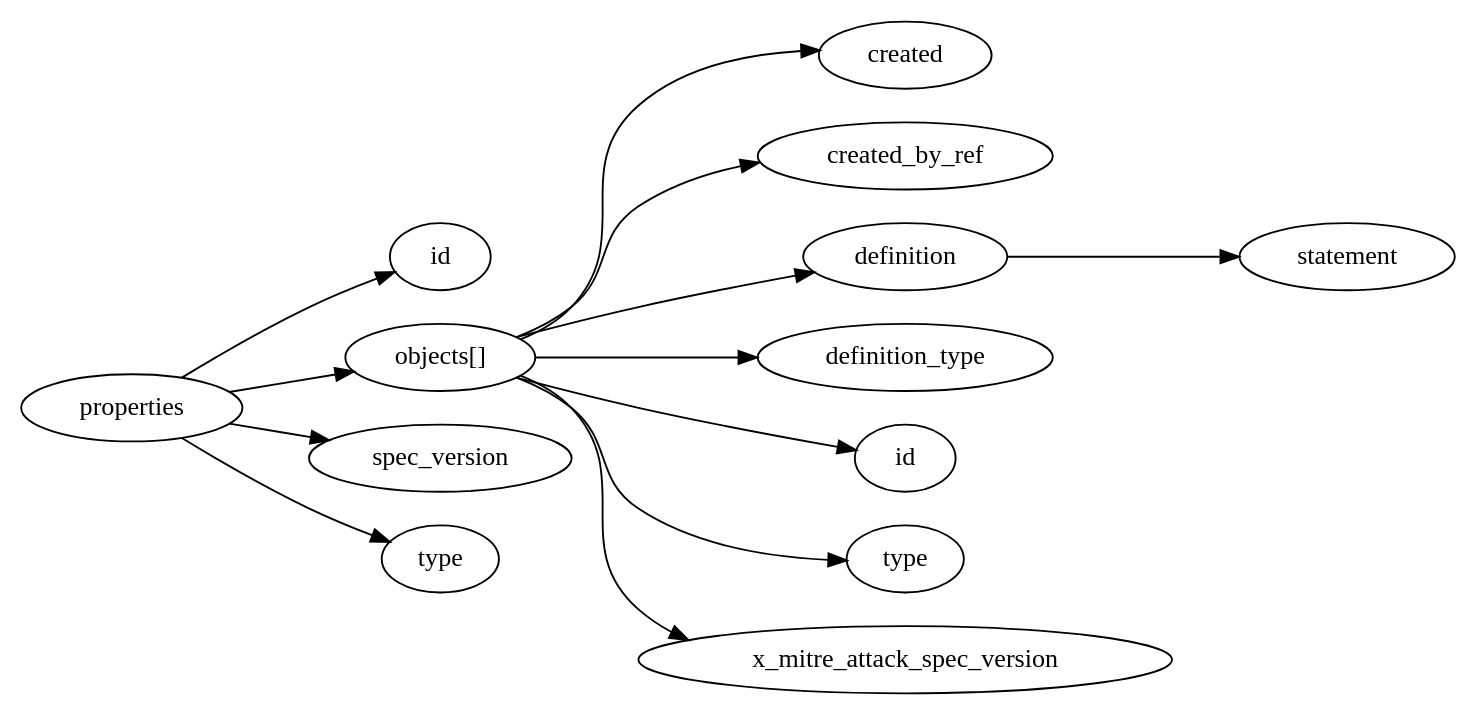
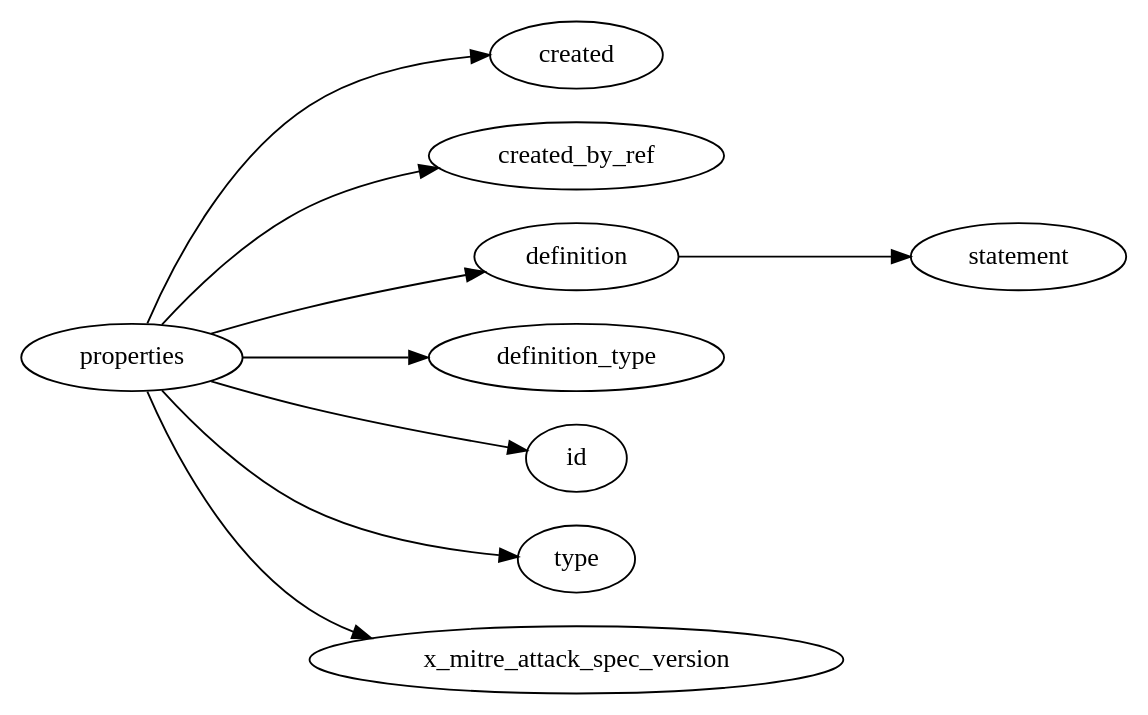
The diagram in resources/example-data/json/stix2/mitre-attack/dot/marking-definition.dot (whitfieldsdad/json-kit), drawn with Graphviz before and after one commit. The commit also changed 68 other files, not shown here.

```diff
--- a/resources/example-data/json/stix2/mitre-attack/dot/marking-definition.dot
+++ b/resources/example-data/json/stix2/mitre-attack/dot/marking-definition.dot
@@ -1,27 +1,19 @@
 digraph {
     graph [rankdir=LR]
+    "created" [label="created"]
+    "created_by_ref" [label="created_by_ref"]
+    "definition" [label="definition"]
+    "definition.statement" [label="statement"]
+    "definition_type" [label="definition_type"]
     "id" [label="id"]
-    "objects" [label="objects[]"]
-    "objects.created" [label="created"]
-    "objects.created_by_ref" [label="created_by_ref"]
-    "objects.definition" [label="definition"]
-    "objects.definition.statement" [label="statement"]
-    "objects.definition_type" [label="definition_type"]
-    "objects.id" [label="id"]
-    "objects.type" [label="type"]
-    "objects.x_mitre_attack_spec_version" [label="x_mitre_attack_spec_version"]
-    "spec_version" [label="spec_version"]
     "type" [label="type"]
+    "x_mitre_attack_spec_version" [label="x_mitre_attack_spec_version"]
+    "definition" -> "definition.statement"
+    "properties" -> "definition"
+    "properties" -> "id"
     "properties" -> "type"
-    "properties" -> "id"
-    "properties" -> "spec_version"
-    "properties" -> "objects"
-    "objects" -> "objects.definition"
-    "objects" -> "objects.id"
-    "objects" -> "objects.type"
-    "objects" -> "objects.created"
-    "objects" -> "objects.created_by_ref"
-    "objects" -> "objects.definition_type"
-    "objects" -> "objects.x_mitre_attack_spec_version"
-    "objects.definition" -> "objects.definition.statement"
+    "properties" -> "created"
+    "properties" -> "created_by_ref"
+    "properties" -> "definition_type"
+    "properties" -> "x_mitre_attack_spec_version"
 }
```
